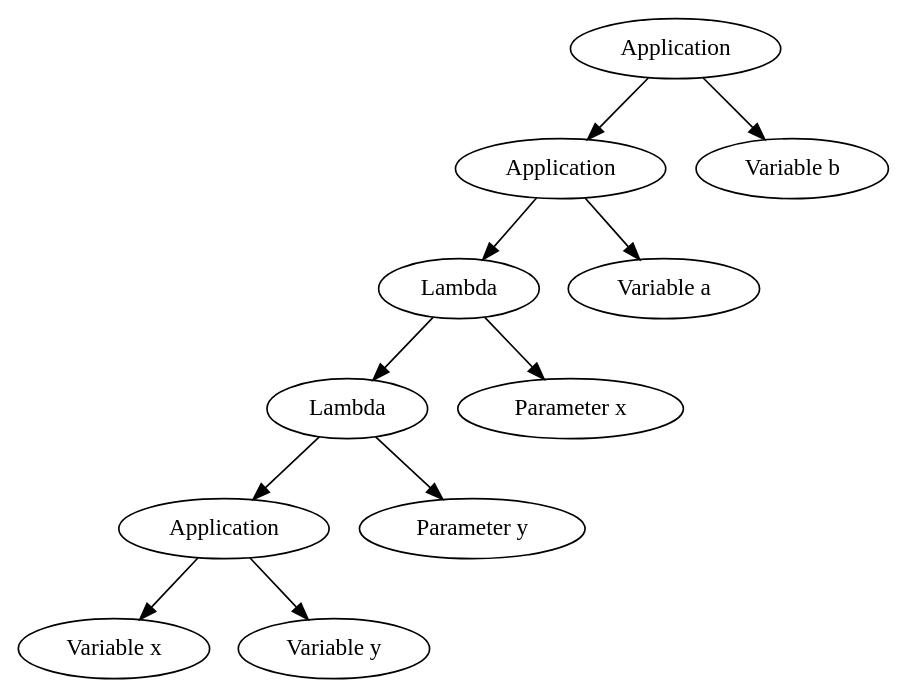
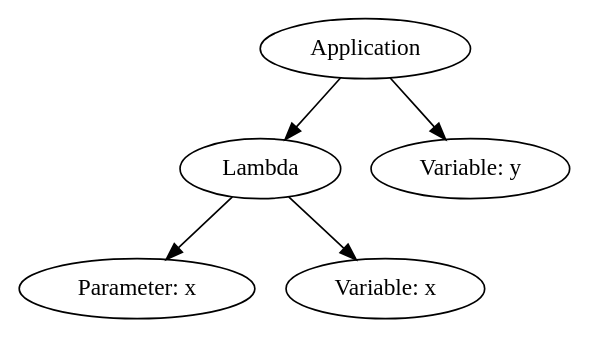
The diagram in presentation_2.org (supersven/lambda-calculus-presentation), drawn with Graphviz before and after one commit. The commit also changed other lines of this file and 2 other files, not shown here.

```diff
--- a/presentation_2.org
+++ b/presentation_2.org
@@ -70,21 +89,13 @@
 #+BEGIN_SRC dot :file dot/untyped_lambda_calculus_ast.dot.ps :tangle dot/untyped_lambda_calculus_ast.dot
 digraph untyped_lambda_calculus_ast {
-  A [label = "Application"];
-  B [label = "Application"];
-  C [label = "Lambda"];
-  D [label = "Lambda"];
-  E [label = "Application"];
-  F [label = "Variable a"];
-  G [label = "Variable b"];
-  H [label = "Parameter x"];
-  I [label = "Parameter y"];
-  J [label = "Variable x"];
-  K [label = "Variable y"];
-  
-  A -> {B G}
-  B -> {C F}
-  C -> {H D}
-  D -> {I E}
-  E -> {J K}
+  App [label = "Application"];
+  Lam [label = "Lambda"]
+  Param [label = "Parameter: x"]
+  VarX [label = "Variable: x"]
+  VarY [label = "Variable: y"]
+
+  App -> {Lam VarY}
+  Lam -> {Param VarX}
+
 }
 #+END_SRC
```
